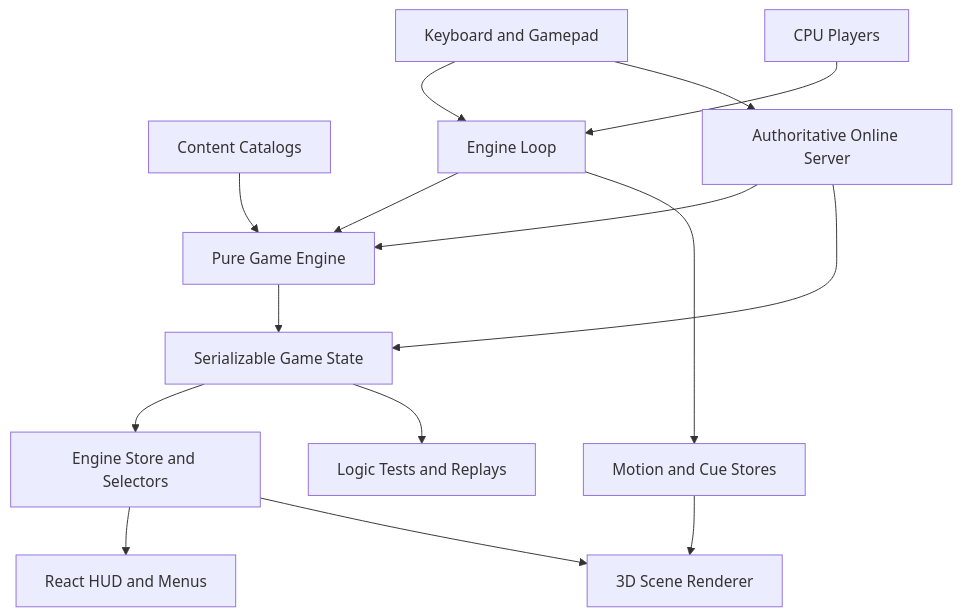
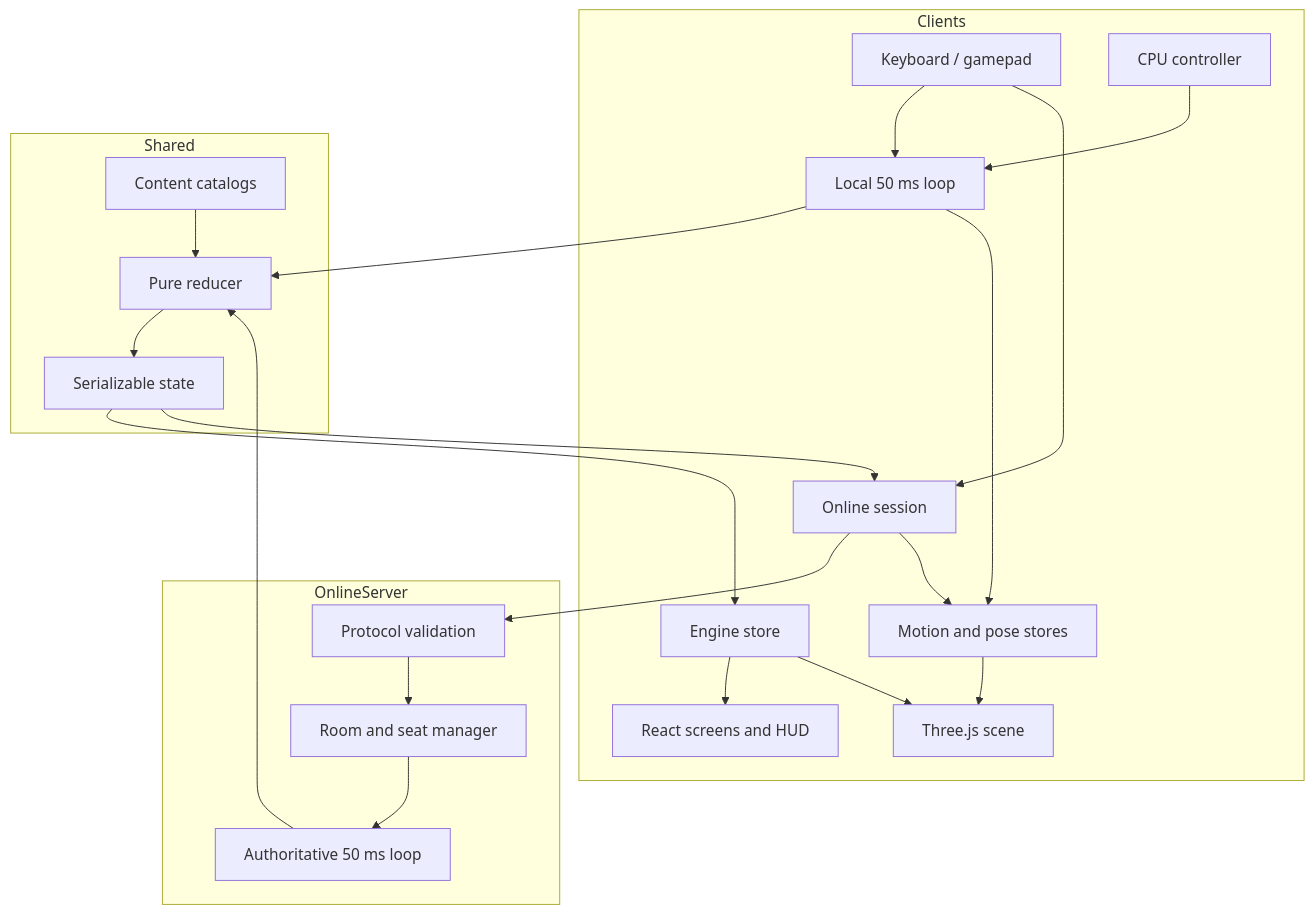
The first of 2 diagrams in docs/ARCHITECTURE.md (alidin000/Bomberman), drawn with Mermaid before and after one commit. The commit also changed other lines of this file and 4 other files, not shown here.

````diff
--- a/docs/ARCHITECTURE.md
+++ b/docs/ARCHITECTURE.md
@@ -12,17 +17,40 @@
 ```mermaid
-flowchart TD
-  contentCatalogs[Content Catalogs] --> gameEngine[Pure Game Engine]
-  inputLayer[Keyboard and Gamepad] --> engineLoop[Engine Loop]
-  cpuPlayers[CPU Players] --> engineLoop
-  engineLoop --> gameEngine
-  gameEngine --> gameState[Serializable Game State]
-  engineLoop --> motionCues[Motion and Cue Stores]
-  gameState --> engineStore[Engine Store and Selectors]
-  engineStore --> hudUi[React HUD and Menus]
-  engineStore --> threeScene[3D Scene Renderer]
-  motionCues --> threeScene
-  gameState --> tests[Logic Tests and Replays]
-  onlineServer[Authoritative Online Server] --> gameEngine
-  inputLayer --> onlineServer
-  onlineServer --> gameState
+flowchart TB
+  subgraph Clients
+    controls[Keyboard / gamepad]
+    cpu[CPU controller]
+    localLoop[Local 50 ms loop]
+    onlineClient[Online session]
+    store[Engine store]
+    react[React screens and HUD]
+    three[Three.js scene]
+    cues[Motion and pose stores]
+  end
+
+  subgraph Shared
+    reducer[Pure reducer]
+    content[Content catalogs]
+    state[Serializable state]
+  end
+
+  subgraph OnlineServer
+    protocol[Protocol validation]
+    room[Room and seat manager]
+    serverLoop[Authoritative 50 ms loop]
+  end
+
+  controls --> localLoop
+  cpu --> localLoop
+  localLoop --> reducer
+  controls --> onlineClient
+  onlineClient --> protocol --> room --> serverLoop --> reducer
+  content --> reducer
+  reducer --> state
+  state --> store
+  state --> onlineClient
+  localLoop --> cues
+  onlineClient --> cues
+  store --> react
+  store --> three
+  cues --> three
 ```
````
